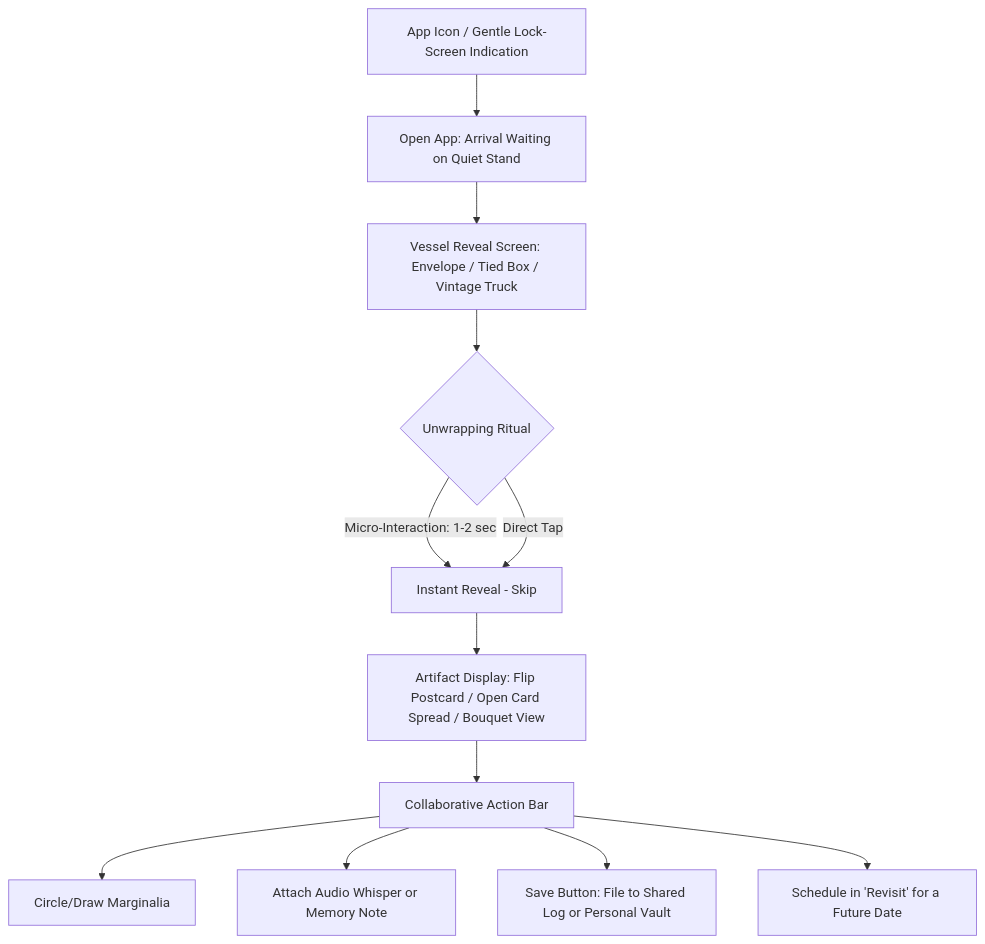
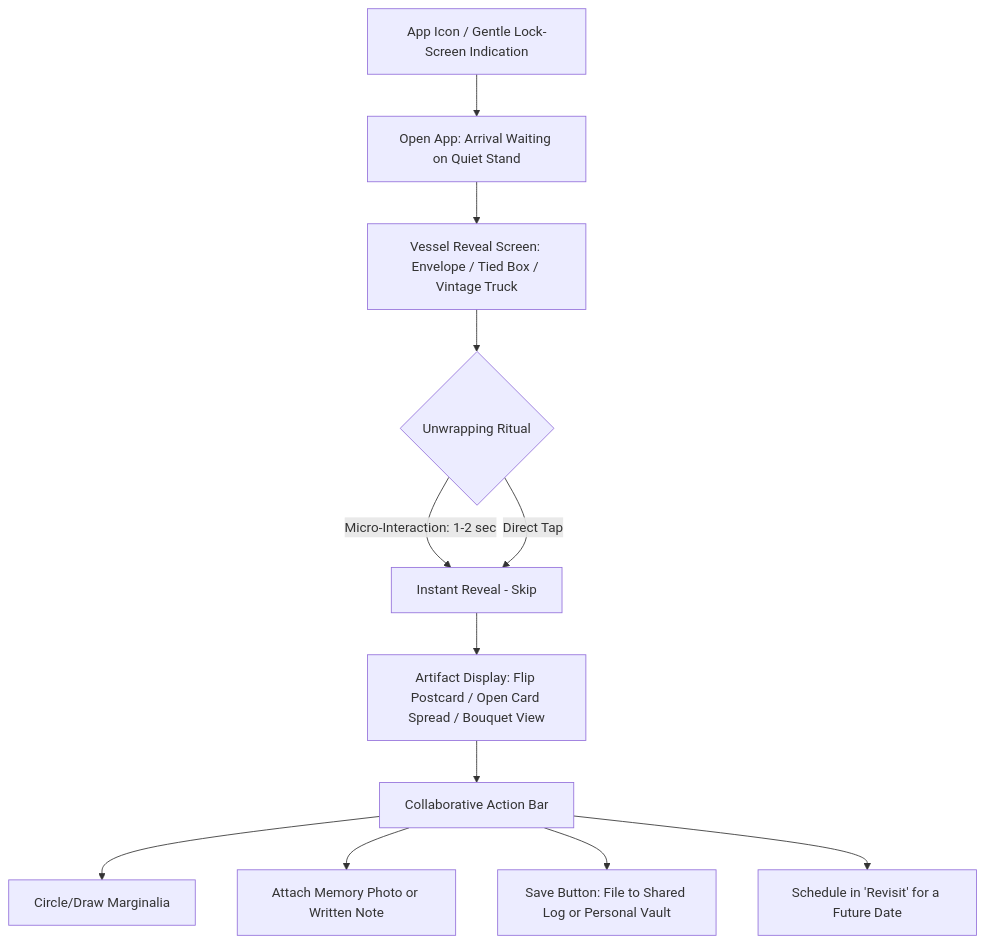
The second of 3 diagrams in WIREFRAMES.md (NIFT-Information-Architecture-2026/Saanvi_BD-24-N1830), drawn with Mermaid before and after one commit. The commit also changed other lines of this file and 2 other files, not shown here.

Commit message:
docs(design): update specs with postcard palette, stamp designs, 15 flowers, white/cream papers, 3 vessels, and zero audio

````diff
--- a/WIREFRAMES.md
+++ b/WIREFRAMES.md
@@ -26,14 +26,14 @@
 ```mermaid
 graph TD
     A1[App Icon / Gentle Lock-Screen Indication] --> B1[Open App: Arrival Waiting on Quiet Stand]
     B1 --> C1[Vessel Reveal Screen: Envelope / Tied Box / Vintage Truck]
     C1 --> D1{"Unwrapping Ritual"}
     D1 -->|Micro-Interaction: 1-2 sec| E1[Unfold Flaps / Untie Ribbon / Open Truck Door]
     D1 -->|Direct Tap| E1[Instant Reveal - Skip]
     E1 --> F1[Artifact Display: Flip Postcard / Open Card Spread / Bouquet View]
     F1 --> G1[Collaborative Action Bar]
     G1 --> H1[Circle/Draw Marginalia]
-    G1 --> I1[Attach Audio Whisper or Memory Note]
+    G1 --> I1[Attach Memory Photo or Written Note]
     G1 --> J1["Save Button: File to Shared Log or Personal Vault"]
     G1 --> K1["Schedule in 'Revisit' for a Future Date"]
 ```
````
